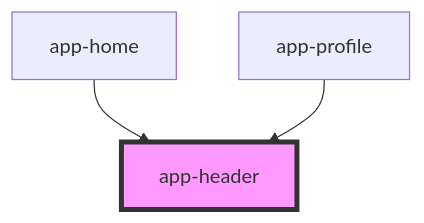
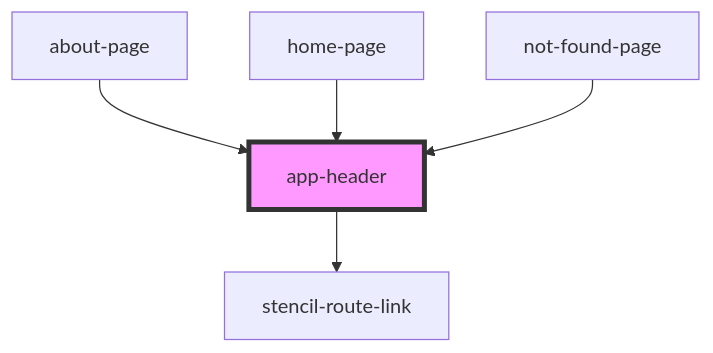
Before and after one commit to mitchellsimoens/stencil-electron-app-starter: the diagram in src/components/app-header/readme.md, drawn with Mermaid. The commit also changed other lines of this file and 24 other files, not shown here.

````diff
--- a/src/components/app-header/readme.md
+++ b/src/components/app-header/readme.md
@@ -16,6 +21,8 @@
 ```mermaid
 graph TD;
-  app-home --> app-header
-  app-profile --> app-header
+  app-header --> stencil-route-link
+  about-page --> app-header
+  home-page --> app-header
+  not-found-page --> app-header
   style app-header fill:#f9f,stroke:#333,stroke-width:4px
 ```
````
